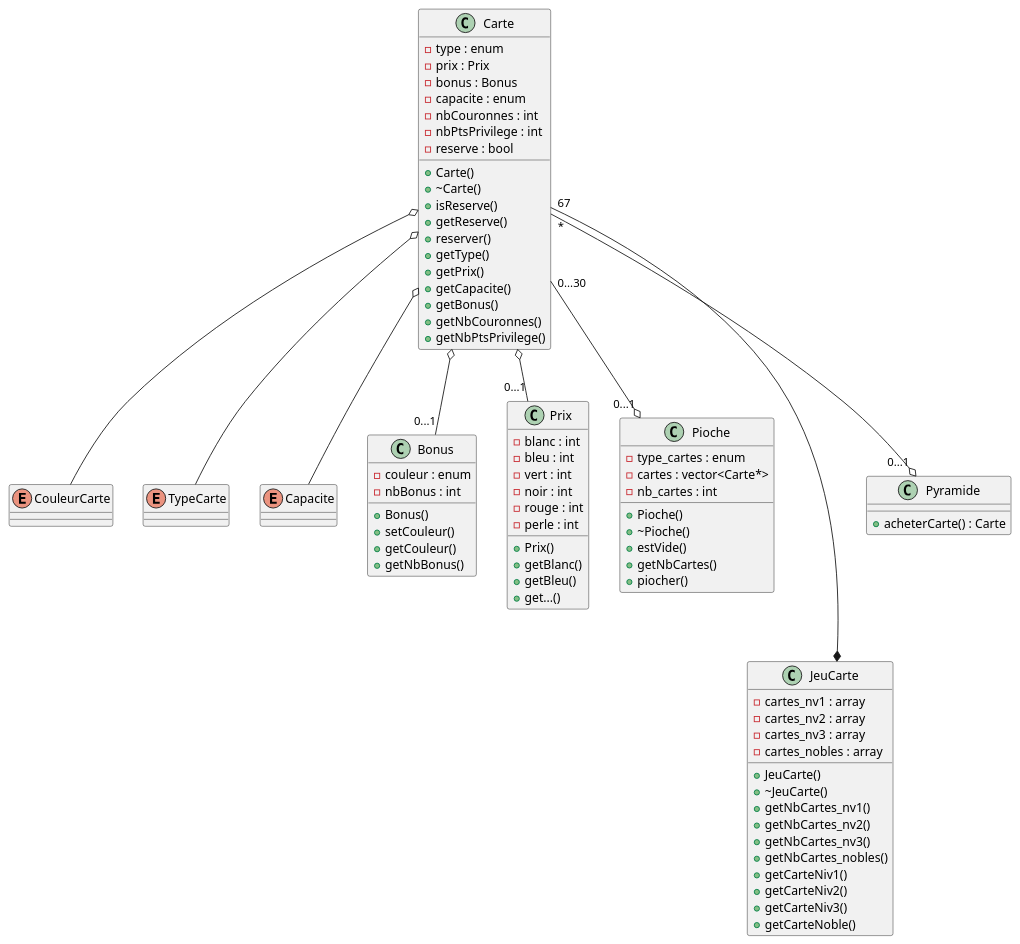
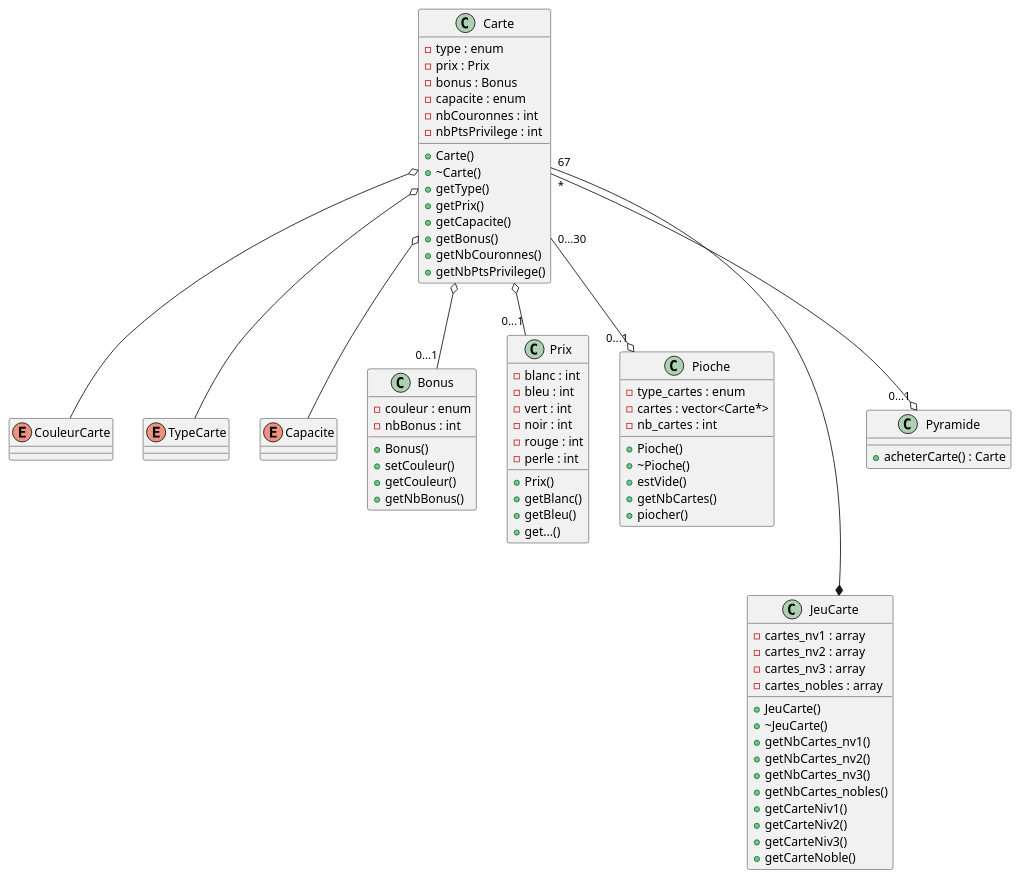
Before and after one commit to theguega/OOP-Board-Game: the diagram in uml/cartes/cartes.plantuml, drawn with PlantUML.

Commit message:
cette fois c'est bon

```diff
--- a/uml/cartes/cartes.plantuml
+++ b/uml/cartes/cartes.plantuml
@@ -1,91 +1,87 @@
 @startuml
 enum CouleurCarte
 
 enum TypeCarte
 
 enum Capacite
 
 class Carte{
     - type : enum
     - prix : Prix
     - bonus : Bonus
     - capacite : enum
     - nbCouronnes : int
     - nbPtsPrivilege : int
-    - reserve : bool
     + Carte()
     + ~Carte()
-    + isReserve()
-    + getReserve()
-    + reserver()
     + getType()
     + getPrix() 
     + getCapacite()
     + getBonus()
     + getNbCouronnes() 
     + getNbPtsPrivilege()
 }
 
 class Bonus{
     - couleur : enum
     - nbBonus : int
     + Bonus()
     + setCouleur()
     + getCouleur()
     + getNbBonus()
 }
 
 class Prix{
     - blanc : int
     - bleu : int
     - vert : int
     - noir : int
     - rouge : int
     - perle : int
     + Prix()
     + getBlanc()
     + getBleu()
     + get...()
 }
 
 class Pioche {
     - type_cartes : enum
     - cartes : vector<Carte*>
     - nb_cartes : int
     + Pioche()
     + ~Pioche()
     + estVide()
     + getNbCartes()
     + piocher()
 }
 
 class JeuCarte {
     - cartes_nv1 : array
     - cartes_nv2 : array
     - cartes_nv3 : array
     - cartes_nobles : array
     + JeuCarte()
     + ~JeuCarte()
     + getNbCartes_nv1()
     + getNbCartes_nv2()
     + getNbCartes_nv3()
     + getNbCartes_nobles()
     + getCarteNiv1()
     + getCarteNiv2()
     + getCarteNiv3()
     + getCarteNoble()
 }
 
 class Pyramide {
     + acheterCarte() : Carte
 }
 
 Carte "67"---* JeuCarte
 Carte "*" --o "0...1" Pyramide
 Carte "0...30" --o "0...1" Pioche
 Carte o-- "0...1" Bonus
 Carte o-- "0...1"Prix
 Carte o-- CouleurCarte
 Carte o-- TypeCarte
 Carte o-- Capacite
 @enduml
```
